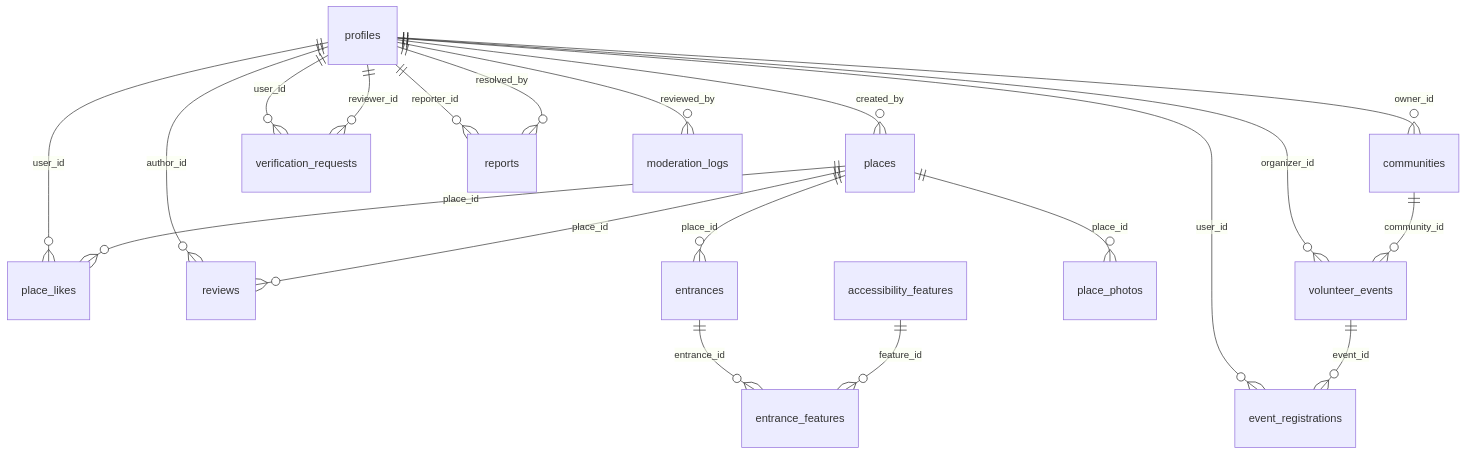
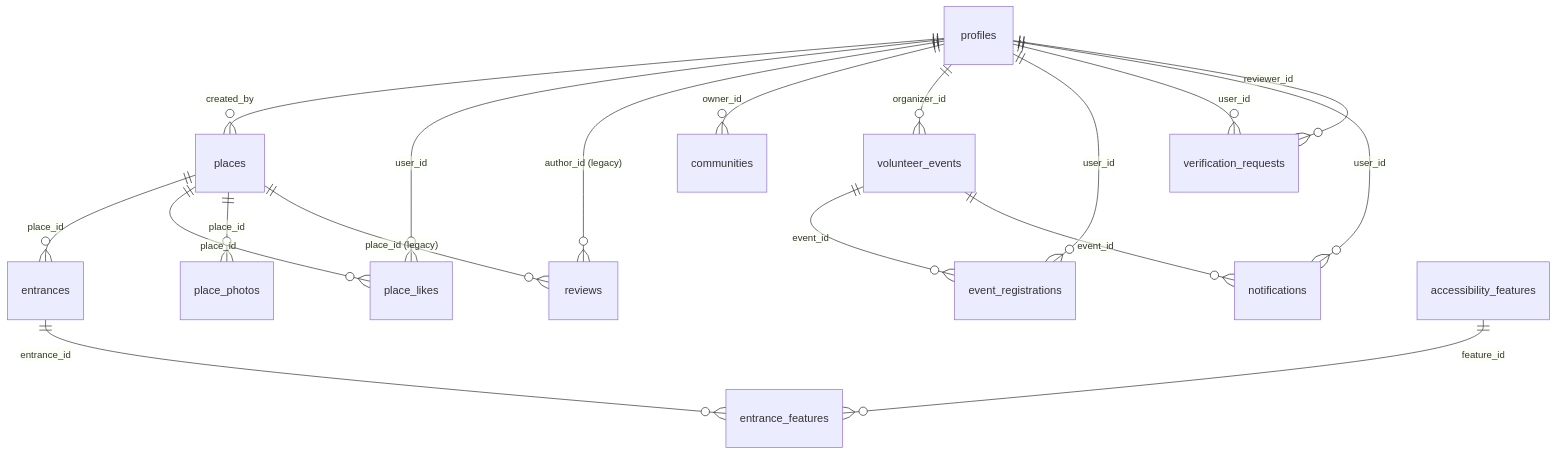
Before and after one commit to ilhamhilmi/Rangkul-inception2026: the diagram in docs/database.md, drawn with Mermaid. The commit also changed other lines of this file and 4 other files, not shown here.

````diff
--- a/docs/database.md
+++ b/docs/database.md
@@ -78,26 +82,24 @@
 ```mermaid
 erDiagram
   profiles ||--o{ places : "created_by"
   profiles ||--o{ place_likes : "user_id"
-  profiles ||--o{ reviews : "author_id"
+  profiles ||--o{ reviews : "author_id (legacy)"
   profiles ||--o{ communities : "owner_id"
   profiles ||--o{ volunteer_events : "organizer_id"
   profiles ||--o{ event_registrations : "user_id"
   profiles ||--o{ verification_requests : "user_id"
-  profiles ||--o{ reports : "reporter_id"
+  profiles ||--o{ notifications : "user_id"
 
   places ||--o{ entrances : "place_id"
   places ||--o{ place_likes : "place_id"
   places ||--o{ place_photos : "place_id"
-  places ||--o{ reviews : "place_id"
+  places ||--o{ reviews : "place_id (legacy)"
 
   entrances ||--o{ entrance_features : "entrance_id"
   accessibility_features ||--o{ entrance_features : "feature_id"
 
-  communities ||--o{ volunteer_events : "community_id"
   volunteer_events ||--o{ event_registrations : "event_id"
+  volunteer_events ||--o{ notifications : "event_id"
 
   profiles ||--o{ verification_requests : "reviewer_id"
-  profiles ||--o{ reports : "resolved_by"
-  profiles ||--o{ moderation_logs : "reviewed_by"
 ```
````
